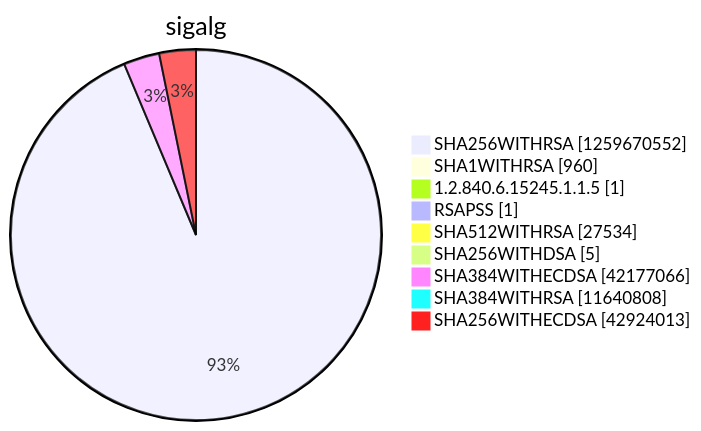
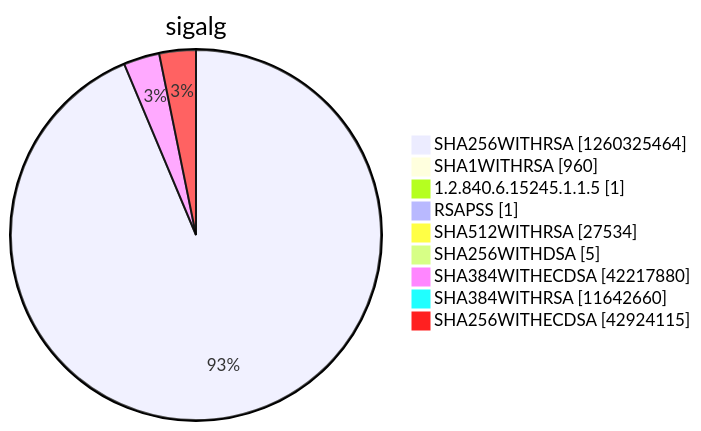
One commit to christiankrug/ctmonitor_visualization changed diagram 15 of 15 in argon2022/README.md. Above: the diagram before and after it, drawn with Mermaid. The commit also changed other lines of this file, not shown here.

````diff
--- a/argon2022/README.md
+++ b/argon2022/README.md
@@ -5522,13 +5522,13 @@
 ```mermaid
 pie showData
 title sigalg
-"SHA256WITHRSA" :1259670552
+"SHA256WITHRSA" :1260325464
 "SHA1WITHRSA" :960
 "1.2.840.6.15245.1.1.5" :1
 "RSAPSS" :1
 "SHA512WITHRSA" :27534
 "SHA256WITHDSA" :5
-"SHA384WITHECDSA" :42177066
-"SHA384WITHRSA" :11640808
-"SHA256WITHECDSA" :42924013
+"SHA384WITHECDSA" :42217880
+"SHA384WITHRSA" :11642660
+"SHA256WITHECDSA" :42924115
 ```
````
